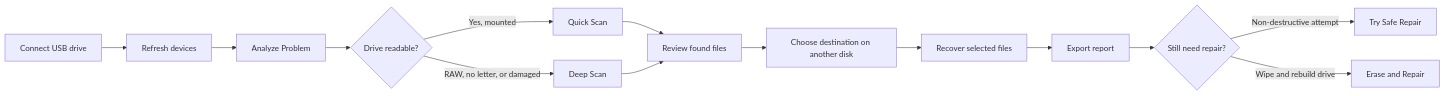
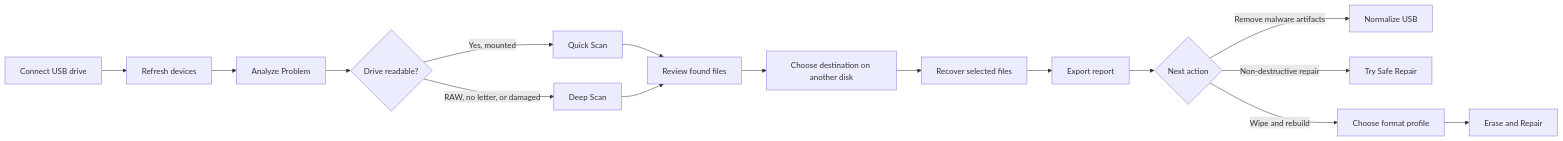
Before and after one commit to chronic-int/PenDrive-recovery: the diagram in README.md, drawn with Mermaid. The commit also changed other lines of this file and 328 other files, not shown here.

````diff
--- a/README.md
+++ b/README.md
@@ -45,16 +47,18 @@
 ```mermaid
 flowchart LR
     A["Connect USB drive"] --> B["Refresh devices"]
     B --> C["Analyze Problem"]
     C --> D{"Drive readable?"}
     D -- "Yes, mounted" --> E["Quick Scan"]
     D -- "RAW, no letter, or damaged" --> F["Deep Scan"]
     E --> G["Review found files"]
     F --> G
     G --> H["Choose destination on another disk"]
     H --> I["Recover selected files"]
     I --> J["Export report"]
-    J --> K{"Still need repair?"}
-    K -- "Non-destructive attempt" --> L["Try Safe Repair"]
-    K -- "Wipe and rebuild drive" --> M["Erase and Repair"]
+    J --> K{"Next action"}
+    K -- "Remove malware artifacts" --> L["Normalize USB"]
+    K -- "Non-destructive repair" --> M["Try Safe Repair"]
+    K -- "Wipe and rebuild" --> N["Choose format profile"]
+    N --> O["Erase and Repair"]
 ```
````
